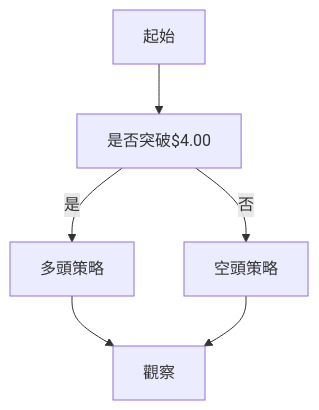
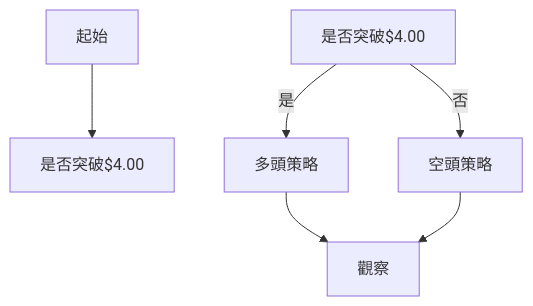
One commit to yennanliu/finance_data changed the eighth of 9 diagrams in ai_gen_report/stock/grab/technical_analysis_2026-04-08_openai.md. Above: the diagram before and after it, drawn with Mermaid. The commit also changed other lines of this file and 2258 other files, not shown here.

First line of the commit message:
chore: backfill Mermaid syntax repair across existing reports

````diff
--- a/ai_gen_report/stock/grab/technical_analysis_2026-04-08_openai.md
+++ b/ai_gen_report/stock/grab/technical_analysis_2026-04-08_openai.md
@@ -331,8 +331,8 @@
 ```mermaid
 graph TD
-    起始 --> 是否突破$4.00
-    是否突破$4.00 -->|是| 多頭策略
-    是否突破$4.00 -->|否| 空頭策略
+    起始 --> nb1["是否突破$4.00"]
+    是否突破$4.00 -->|"是"| 多頭策略
+    是否突破$4.00 -->|"否"| 空頭策略
     多頭策略 --> 觀察
     空頭策略 --> 觀察
 ```
````
